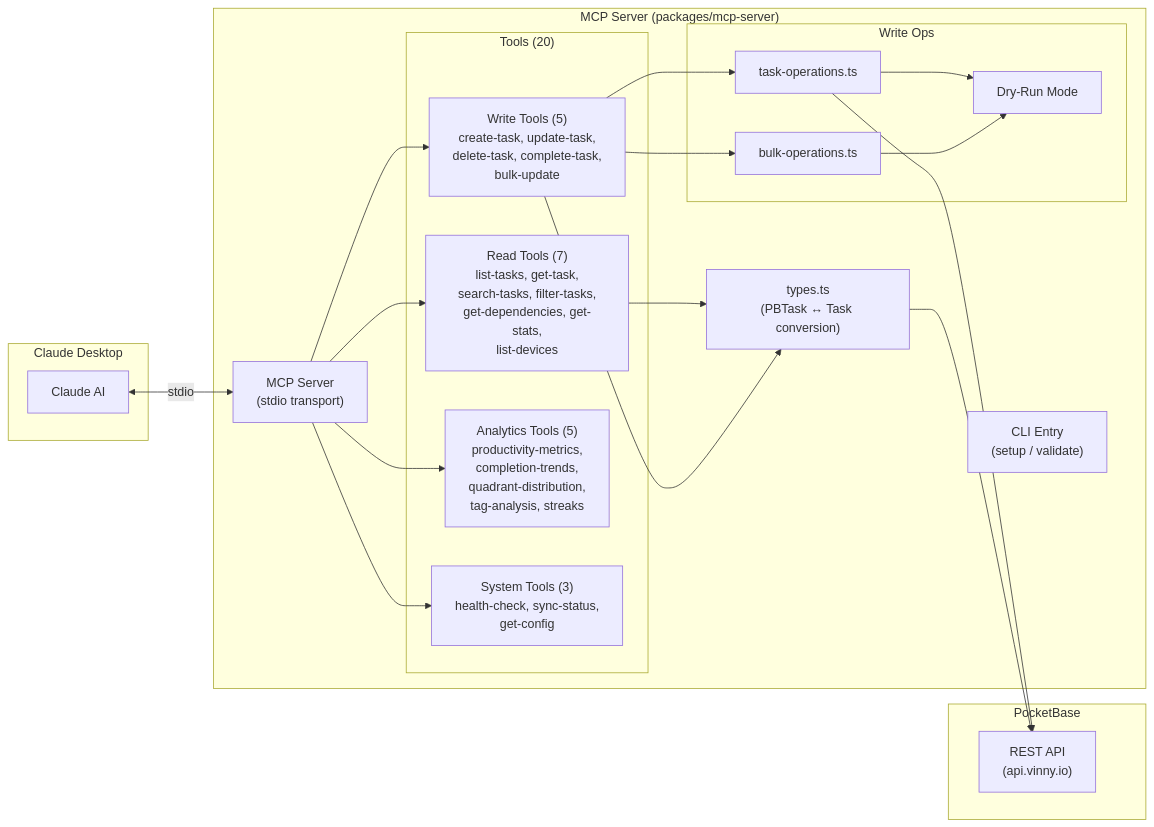
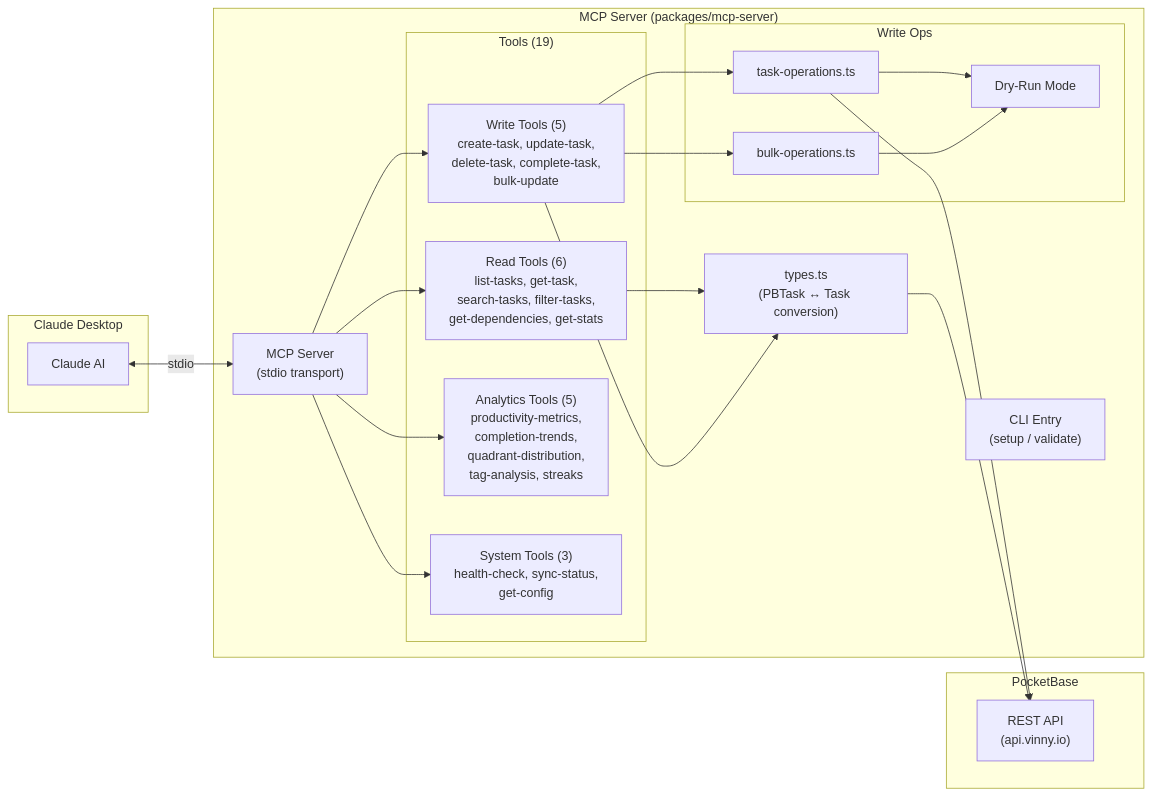
The ninth of 11 diagrams in docs/uml-diagrams.md (vscarpenter/gsd-task-manager), drawn with Mermaid before and after one commit. The commit also changed 100 other files, not shown here.

````diff
--- a/docs/uml-diagrams.md
+++ b/docs/uml-diagrams.md
@@ -562,44 +562,44 @@
 ```mermaid
 graph LR
     subgraph "Claude Desktop"
         Claude[Claude AI]
     end
 
     subgraph "MCP Server (packages/mcp-server)"
         CLI["CLI Entry\n(setup / validate)"]
         Server["MCP Server\n(stdio transport)"]
         
-        subgraph "Tools (20)"
-            Read["Read Tools (7)\nlist-tasks, get-task,\nsearch-tasks, filter-tasks,\nget-dependencies, get-stats,\nlist-devices"]
+        subgraph "Tools (19)"
+            Read["Read Tools (6)\nlist-tasks, get-task,\nsearch-tasks, filter-tasks,\nget-dependencies, get-stats"]
             Write["Write Tools (5)\ncreate-task, update-task,\ndelete-task, complete-task,\nbulk-update"]
             Analytics["Analytics Tools (5)\nproductivity-metrics,\ncompletion-trends,\nquadrant-distribution,\ntag-analysis, streaks"]
             System["System Tools (3)\nhealth-check, sync-status,\nget-config"]
         end
 
         subgraph "Write Ops"
             TaskOps[task-operations.ts]
             BulkTaskOps[bulk-operations.ts]
             DryRun["Dry-Run Mode"]
         end
 
         Types["types.ts\n(PBTask ↔ Task conversion)"]
     end
 
     subgraph "PocketBase"
         API["REST API\n(api.vinny.io)"]
     end
 
     Claude <-->|stdio| Server
     Server --> Read
     Server --> Write
     Server --> Analytics
     Server --> System
     Write --> TaskOps
     Write --> BulkTaskOps
     TaskOps --> DryRun
     BulkTaskOps --> DryRun
     Read --> Types
     Write --> Types
     Types --> API
     TaskOps --> API
 ```
````
